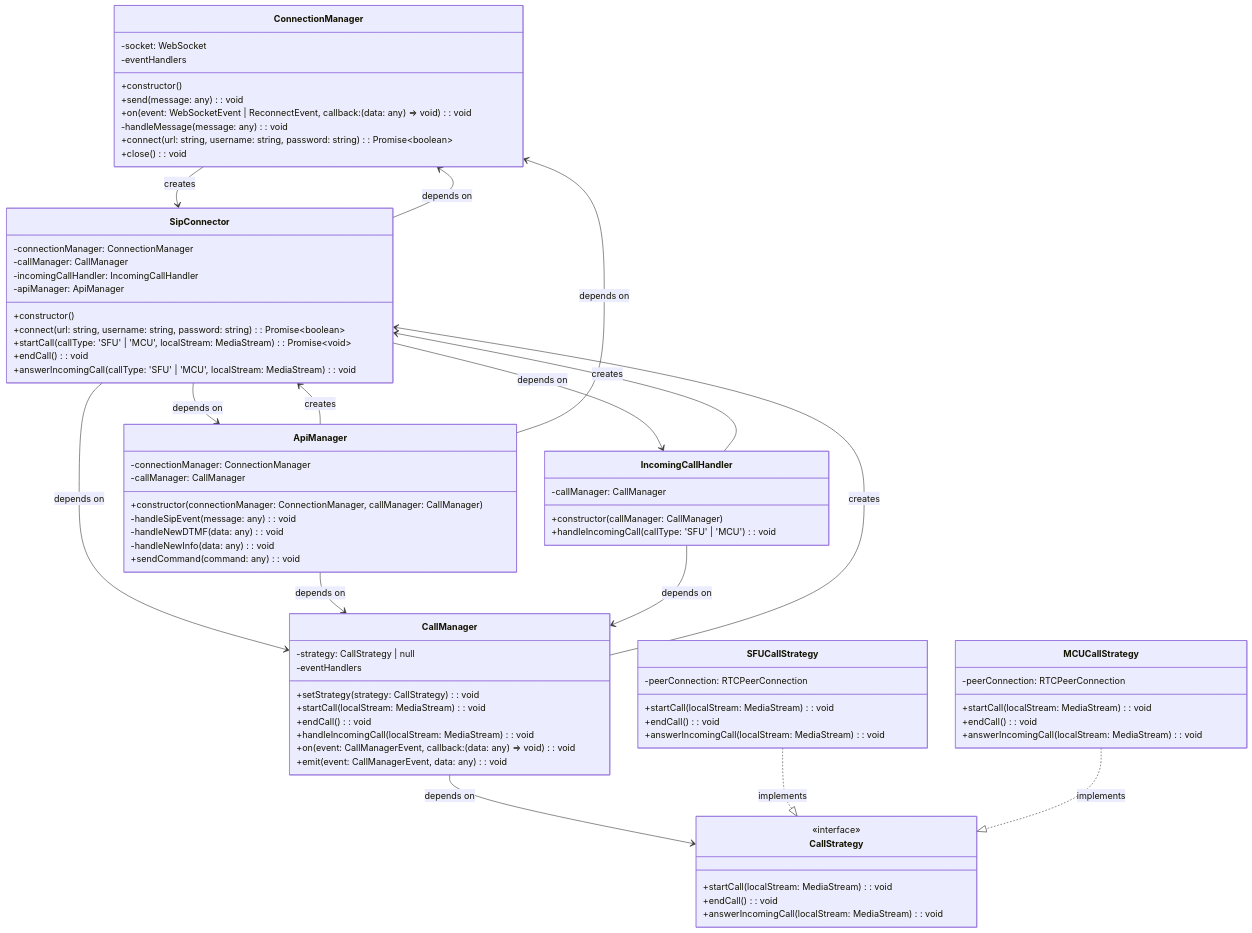
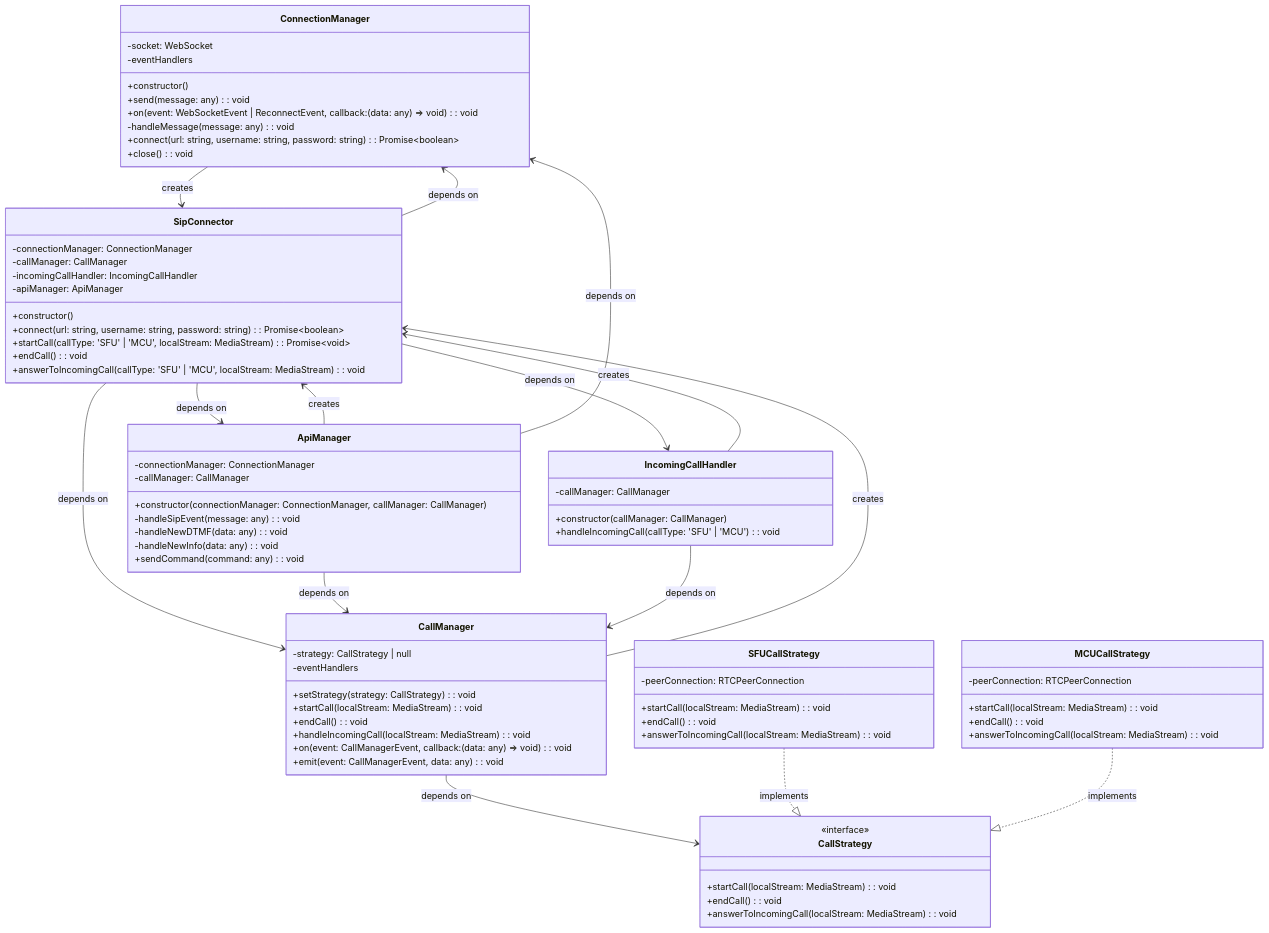
The diagram in next.md (Krivega/sip-connector), drawn with Mermaid before and after one commit. The commit also changed other lines of this file and 29 other files, not shown here.

```diff
--- a/next.md
+++ b/next.md
@@ -297,28 +297,28 @@
   +connect(url: string, username: string, password: string): Promise~boolean~
   +startCall(callType: 'SFU' | 'MCU', localStream: MediaStream): Promise~void~
   +endCall(): void
-  +answerIncomingCall(callType: 'SFU' | 'MCU', localStream: MediaStream): void
+  +answerToIncomingCall(callType: 'SFU' | 'MCU', localStream: MediaStream): void
 }
 
 class CallStrategy {
   <<interface>>
   +startCall(localStream: MediaStream): void
   +endCall(): void
-  +answerIncomingCall(localStream: MediaStream): void
+  +answerToIncomingCall(localStream: MediaStream): void
 }
 
 class SFUCallStrategy {
   -peerConnection: RTCPeerConnection
   +startCall(localStream: MediaStream): void
   +endCall(): void
-  +answerIncomingCall(localStream: MediaStream): void
+  +answerToIncomingCall(localStream: MediaStream): void
 }
 
 class MCUCallStrategy {
   -peerConnection: RTCPeerConnection
   +startCall(localStream: MediaStream): void
   +endCall(): void
-  +answerIncomingCall(localStream: MediaStream): void
+  +answerToIncomingCall(localStream: MediaStream): void
 }
 
 ConnectionManager --> SipConnector : creates
```
